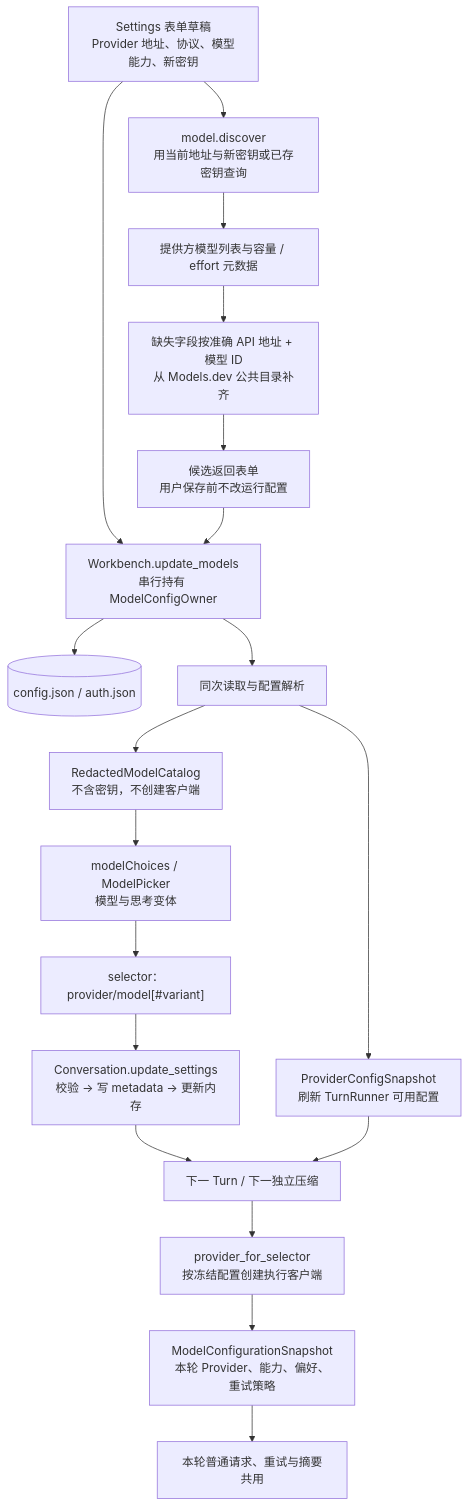
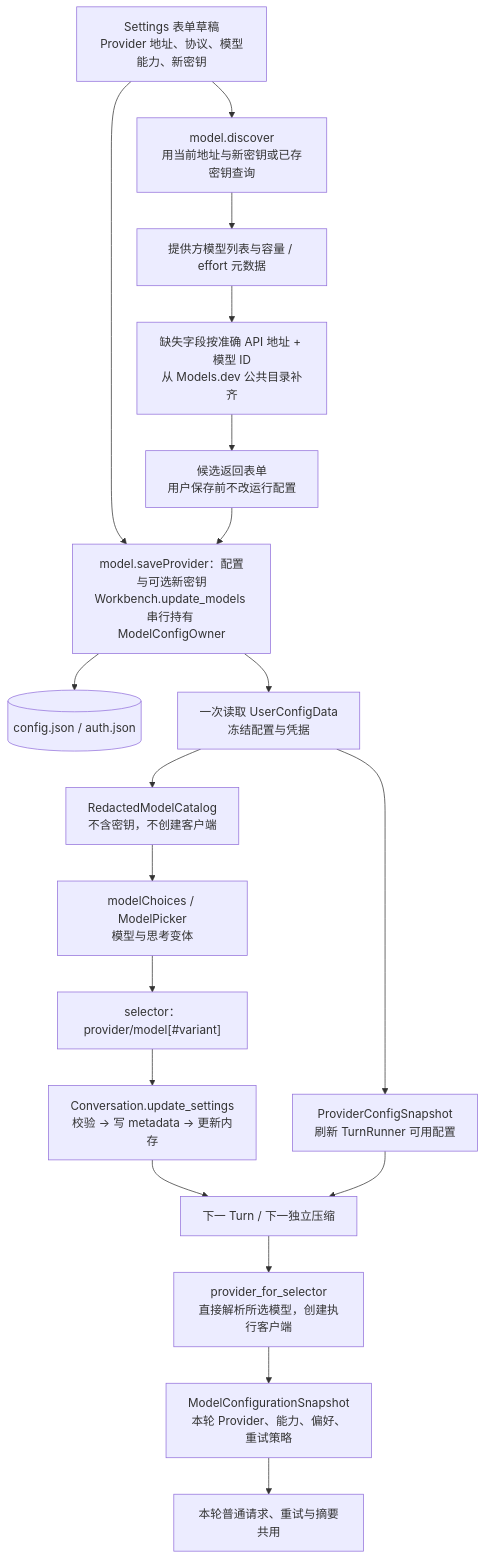
Before and after one commit to qjcnmd/singularity-agent: diagram 18 of 29 in docs/singularity.md, drawn with Mermaid. The commit also changed other lines of this file and 47 other files, not shown here.

````diff
--- a/docs/singularity.md
+++ b/docs/singularity.md
@@ -479,21 +481,21 @@
 ```mermaid
 flowchart TB
     Form["Settings 表单草稿<br/>Provider 地址、协议、模型能力、新密钥"] --> Discover["model.discover<br/>用当前地址与新密钥或已存密钥查询"]
     Discover --> Remote["提供方模型列表与容量 / effort 元数据"]
     Remote --> Missing["缺失字段按准确 API 地址 + 模型 ID<br/>从 Models.dev 公共目录补齐"]
     Missing --> Candidates["候选返回表单<br/>用户保存前不改运行配置"]
-    Form --> Save["Workbench.update_models<br/>串行持有 ModelConfigOwner"]
+    Form --> Save["model.saveProvider：配置与可选新密钥<br/>Workbench.update_models 串行持有 ModelConfigOwner"]
     Candidates --> Save
     Save --> Disk[("config.json / auth.json")]
-    Save --> Parsed["同次读取与配置解析"]
+    Save --> Parsed["一次读取 UserConfigData<br/>冻结配置与凭据"]
     Parsed --> ProviderSnapshot["ProviderConfigSnapshot<br/>刷新 TurnRunner 可用配置"]
     Parsed --> Catalog["RedactedModelCatalog<br/>不含密钥，不创建客户端"]
     Catalog --> Picker["modelChoices / ModelPicker<br/>模型与思考变体"]
     Picker --> Selector["selector：provider/model[#variant]"]
     Selector --> Settings["Conversation.update_settings<br/>校验 → 写 metadata → 更新内存"]
     Settings --> Next["下一 Turn / 下一独立压缩"]
     ProviderSnapshot --> Next
-    Next --> Factory["provider_for_selector<br/>按冻结配置创建执行客户端"]
+    Next --> Factory["provider_for_selector<br/>直接解析所选模型，创建执行客户端"]
     Factory --> Frozen["ModelConfigurationSnapshot<br/>本轮 Provider、能力、偏好、重试策略"]
     Frozen --> Requests["本轮普通请求、重试与摘要共用"]
 ```
````
